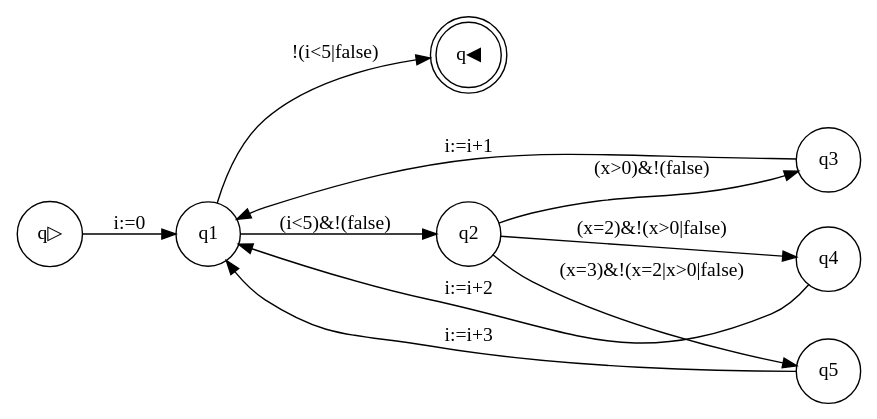
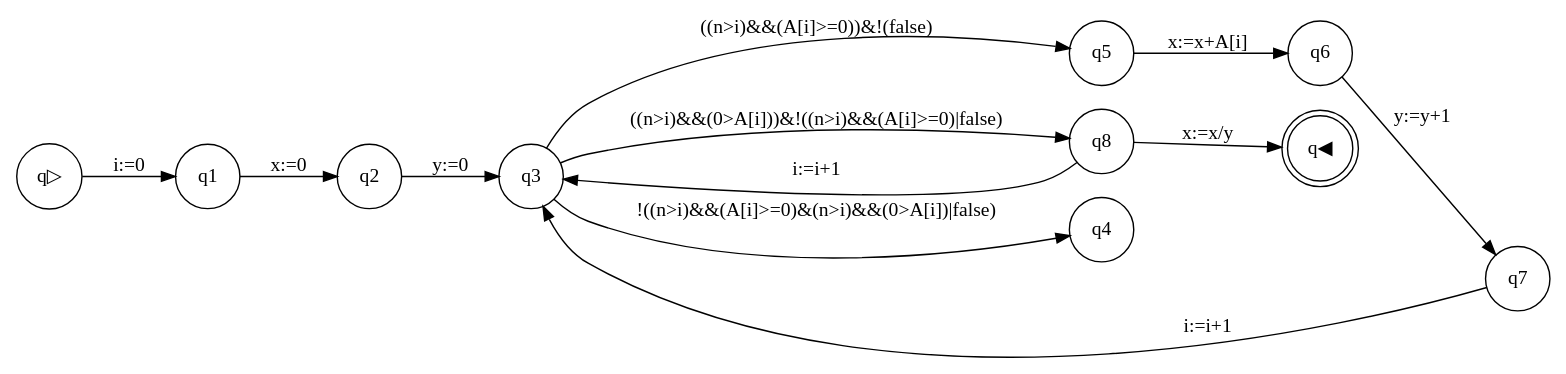
One commit to gernsoe/02141_parsing changed the diagram in Package/DFA.gv. Above: the diagram before and after it, drawn with Graphviz. The commit also changed 3 other files, not shown here.

```diff
--- a/Package/DFA.gv
+++ b/Package/DFA.gv
@@ -1,14 +1,16 @@
 digraph program_graph {rankdir=LR; 
 node [shape = circle]; q▷; 
 node [shape = doublecircle]; q◀; 
 node [shape = circle]
 q▷ -> q1[label = "i:=0"];
-q1 -> q2[label = "(i<5)&!(false)"]; 
-q2 -> q3[label = "(x>0)&!(false)"]; 
-q3 -> q1[label = "i:=i+1"];
-q2 -> q4[label = "(x=2)&!(x>0|false)"]; 
-q4 -> q1[label = "i:=i+2"];
-q2 -> q5[label = "(x=3)&!(x=2|x>0|false)"]; 
-q5 -> q1[label = "i:=i+3"];
-q1 -> q◀[label = "!(i<5|false)"];
+q1 -> q2[label = "x:=0"];
+q2 -> q3[label = "y:=0"];
+q3 -> q5[label = "((n>i)&&(A[i]>=0))&!(false)"]; 
+q5 -> q6[label = "x:=x+A[i]"];
+q6 -> q7[label = "y:=y+1"];
+q7 -> q3[label = "i:=i+1"];
+q3 -> q8[label = "((n>i)&&(0>A[i]))&!((n>i)&&(A[i]>=0)|false)"]; 
+q8 -> q3[label = "i:=i+1"];
+q3 -> q4[label = "!((n>i)&&(A[i]>=0)&(n>i)&&(0>A[i])|false)"];
+q8 -> q◀[label = "x:=x/y"];
 }
```
